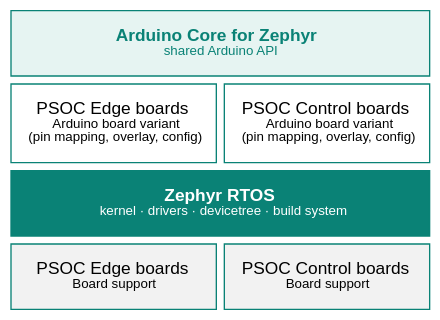
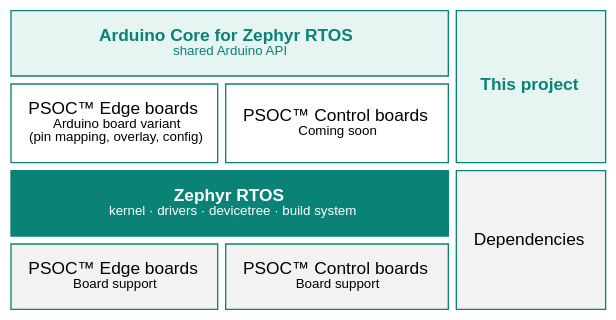
Before and after one commit to Infineon/ArduinoCore-zephyr: the diagram in docs/img/architecture.dot, drawn with Graphviz. The commit also changed 1 other file, not shown here.

```diff
--- a/docs/img/architecture.dot
+++ b/docs/img/architecture.dot
@@ -1,19 +1,25 @@
 digraph architecture {
     bgcolor="transparent";
     node [shape=plaintext, fontname="Helvetica,Arial,sans-serif", fontsize=13];
 
     stack [label=<
         <TABLE BORDER="0" CELLBORDER="1" CELLSPACING="6" CELLPADDING="12" COLOR="#0A8276">
-          <TR><TD COLSPAN="2" BGCOLOR="#E6F4F2"><FONT COLOR="#0A8276"><B>Arduino Core for Zephyr</B><BR/><FONT POINT-SIZE="10">shared Arduino API</FONT></FONT></TD></TR>
           <TR>
-            <TD BGCOLOR="white">PSOC Edge boards<BR/><FONT POINT-SIZE="10">Arduino board variant<BR/>(pin mapping, overlay, config)</FONT></TD>
-            <TD BGCOLOR="white">PSOC Control boards<BR/><FONT POINT-SIZE="10">Arduino board variant<BR/>(pin mapping, overlay, config)</FONT></TD>
+            <TD COLSPAN="2" BGCOLOR="#E6F4F2"><FONT COLOR="#0A8276"><B>Arduino Core for Zephyr RTOS</B><BR/><FONT POINT-SIZE="10">shared Arduino API</FONT></FONT></TD>
+            <TD ROWSPAN="2" BGCOLOR="#E6F4F2" VALIGN="MIDDLE"><FONT COLOR="#0A8276"><B>This project</B></FONT></TD>
           </TR>
-          <TR><TD COLSPAN="2" BGCOLOR="#0A8276"><FONT COLOR="white"><B>Zephyr RTOS</B><BR/><FONT POINT-SIZE="10">kernel &#183; drivers &#183; devicetree &#183; build system</FONT></FONT></TD></TR>
           <TR>
-            <TD BGCOLOR="#F2F2F2">PSOC Edge boards<BR/><FONT POINT-SIZE="10">Board support</FONT></TD>
-            <TD BGCOLOR="#F2F2F2">PSOC Control boards<BR/><FONT POINT-SIZE="10">Board support</FONT></TD>
+            <TD BGCOLOR="white">PSOC™ Edge boards<BR/><FONT POINT-SIZE="10">Arduino board variant<BR/>(pin mapping, overlay, config)</FONT></TD>
+            <TD BGCOLOR="white">PSOC™ Control boards<BR/><FONT POINT-SIZE="10">Coming soon</FONT></TD>
+          </TR>
+          <TR>
+            <TD COLSPAN="2" BGCOLOR="#0A8276" HREF="https://github.com/zephyrproject-rtos/zephyr" TARGET="_top"><FONT COLOR="white"><B>Zephyr RTOS</B><BR/><FONT POINT-SIZE="10">kernel &#183; drivers &#183; devicetree &#183; build system</FONT></FONT></TD>
+            <TD ROWSPAN="2" BGCOLOR="#F2F2F2" VALIGN="MIDDLE">Dependencies</TD>
+          </TR>
+          <TR>
+            <TD BGCOLOR="#F2F2F2" HREF="https://github.com/zephyrproject-rtos/zephyr/tree/main/boards/infineon" TARGET="_top">PSOC™ Edge boards<BR/><FONT POINT-SIZE="10">Board support</FONT></TD>
+            <TD BGCOLOR="#F2F2F2" HREF="https://github.com/zephyrproject-rtos/zephyr/tree/main/boards/infineon" TARGET="_top">PSOC™ Control boards<BR/><FONT POINT-SIZE="10">Board support</FONT></TD>
           </TR>
         </TABLE>
     >];
 }
```
